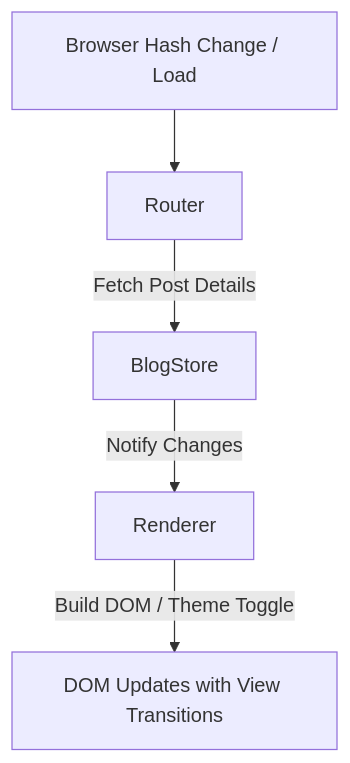
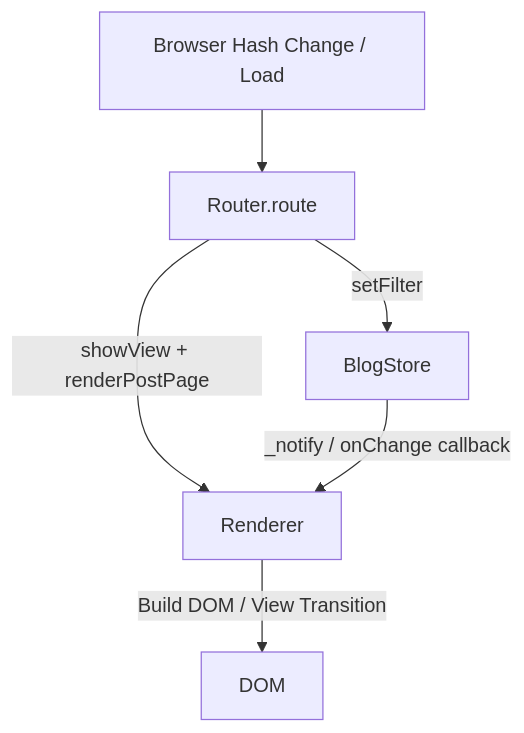
One commit to linzialessandro/alessandrosblog changed the diagram in docs/knowledge/architecture/frontend.md. Above: the diagram before and after it, drawn with Mermaid. The commit also changed other lines of this file and 14 other files, not shown here.

Commit message:
docs: add design system, post schema, SEO, infra docs + 3 founding ADRs; audit and fix all existing OKF docs

````diff
--- a/docs/knowledge/architecture/frontend.md
+++ b/docs/knowledge/architecture/frontend.md
@@ -50,7 +52,8 @@
 ```mermaid
 graph TD
-    A[Browser Hash Change / Load] --> B[Router]
-    B -->|Fetch Post Details| C[BlogStore]
-    C -->|Notify Changes| D[Renderer]
-    D -->|Build DOM / Theme Toggle| E[DOM Updates with View Transitions]
+    A[Browser Hash Change / Load] --> B[Router.route]
+    B -->|showView + renderPostPage| C[Renderer]
+    B -->|setFilter| D[BlogStore]
+    D -->|_notify / onChange callback| C
+    C -->|Build DOM / View Transition| E[DOM]
 ```
````
